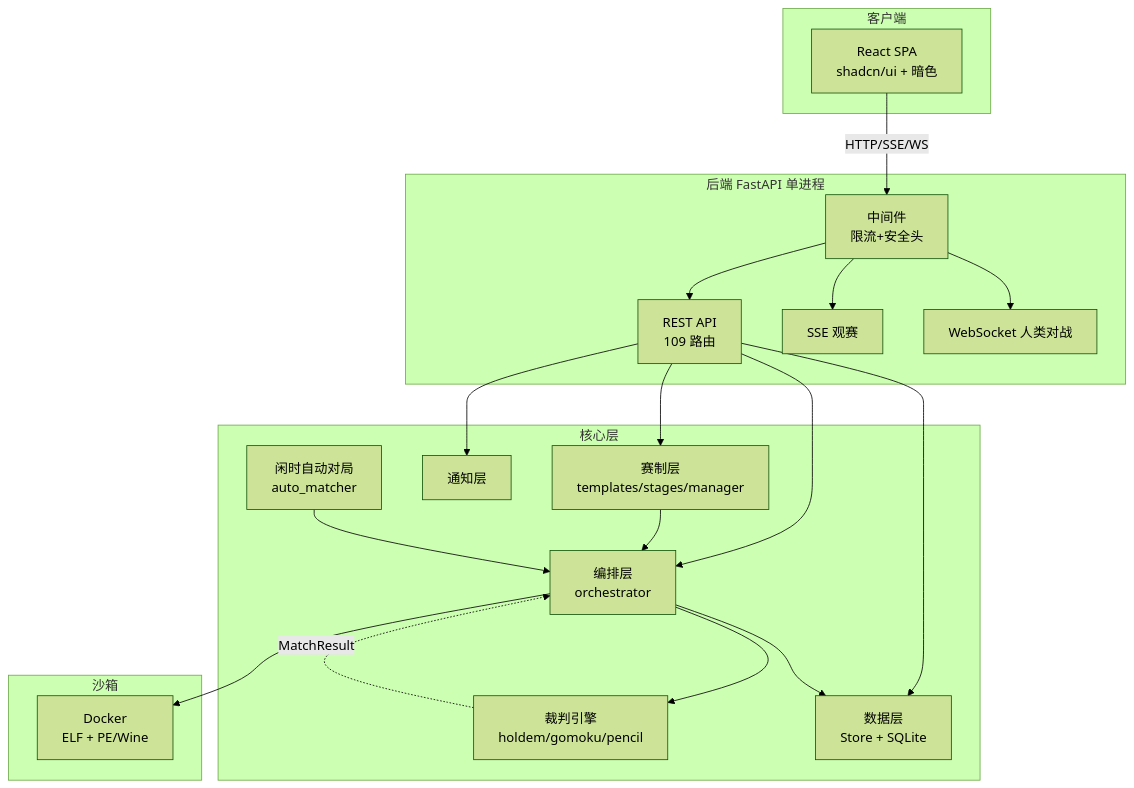
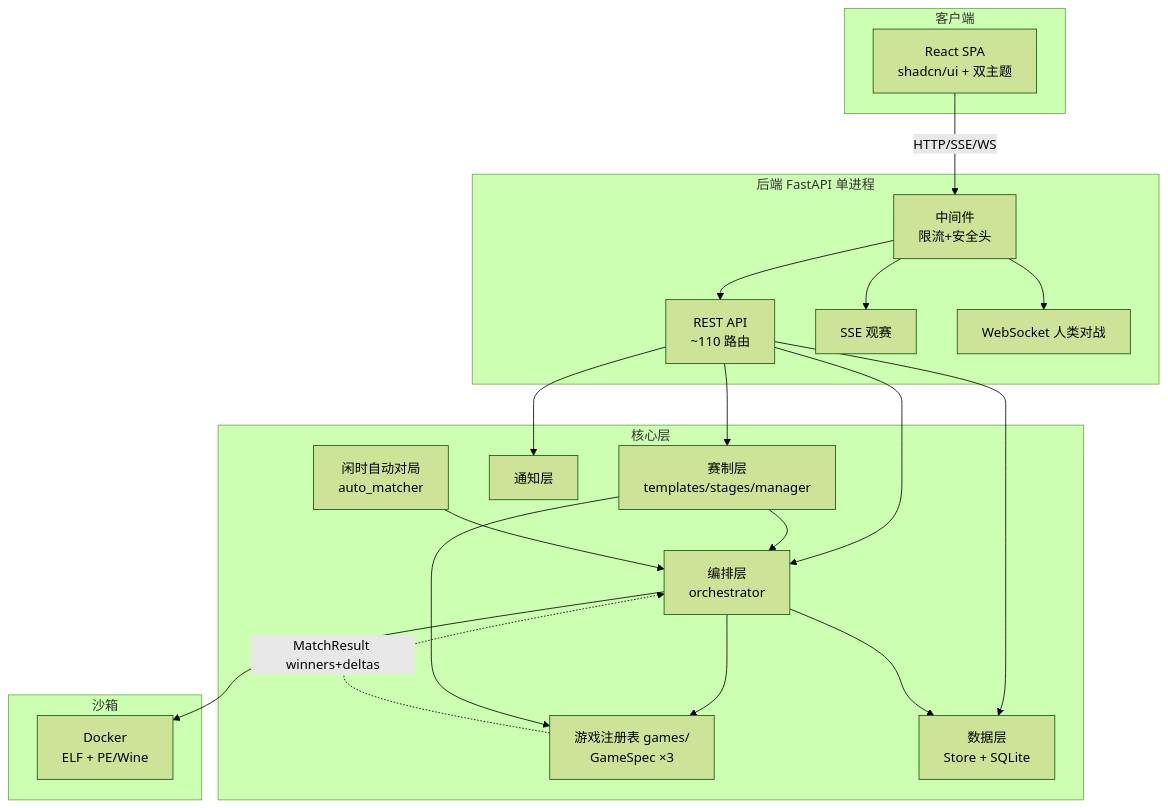
The first of 2 diagrams in doc/DESIGN.md (zhouzixiang1/botbattle), drawn with Mermaid (forest theme) before and after one commit. The commit also changed other lines of this file and 17 other files, not shown here.

First line of the commit message:
docs: align delivery docs and wiki with games registry architecture

````diff
--- a/doc/DESIGN.md
+++ b/doc/DESIGN.md
@@ -11,32 +11,33 @@
 ```mermaid
 graph TB
     subgraph 客户端
-        FE[React SPA<br/>shadcn/ui + 暗色]
+        FE[React SPA<br/>shadcn/ui + 双主题]
     end
     subgraph 后端 FastAPI 单进程
-        API[REST API<br/>109 路由]
+        API[REST API<br/>~110 路由]
         SSE[SSE 观赛]
         WS[WebSocket 人类对战]
         MW[中间件<br/>限流+安全头]
     end
     subgraph 核心层
         ORCH[编排层<br/>orchestrator]
-        ENGINE[裁判引擎<br/>holdem/gomoku/pencil]
+        GAMES[游戏注册表 games/<br/>GameSpec ×3]
         CONTEST[赛制层<br/>templates/stages/manager]
         STORE[数据层<br/>Store + SQLite]
         NOTIFY[通知层]
         AUTO[闲时自动对局<br/>auto_matcher]
     end
     subgraph 沙箱
         DOCKER[Docker<br/>ELF + PE/Wine]
     end
     FE -->|HTTP/SSE/WS| MW
     MW --> API & SSE & WS
     API --> ORCH & CONTEST & STORE & NOTIFY
-    ORCH --> ENGINE
+    ORCH --> GAMES
     ORCH --> DOCKER
     ORCH --> STORE
     CONTEST --> ORCH
+    CONTEST --> GAMES
     AUTO --> ORCH
-    ENGINE -.->|MatchResult| ORCH
+    GAMES -.->|MatchResult winners+deltas| ORCH
 ```
````
